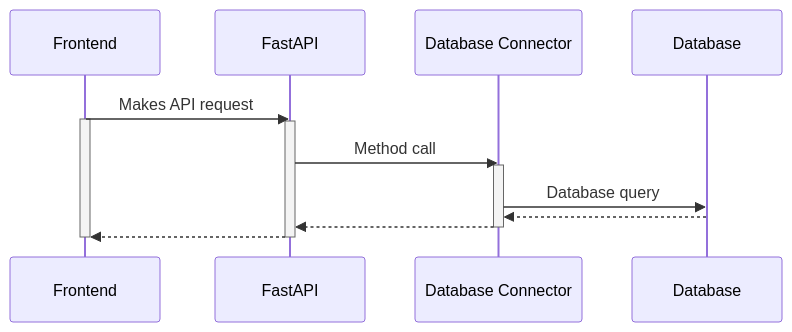
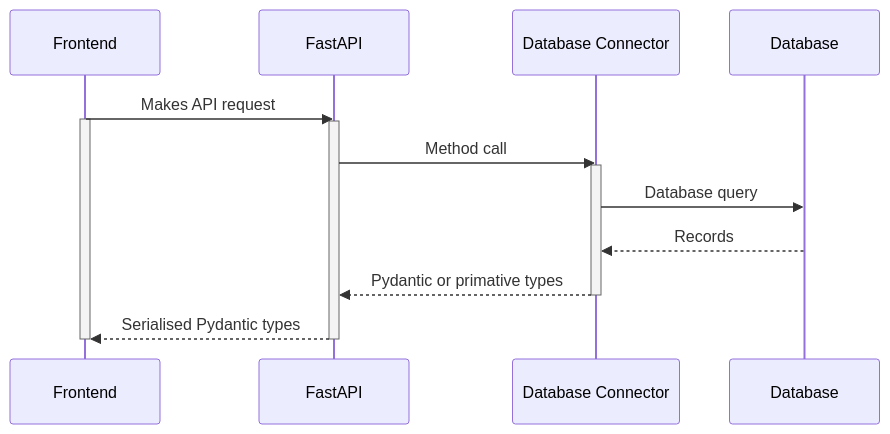
Before and after one commit to Wilsven/technical-docs: the diagram in docs/projects/genai/health-hub/webapp/backend/introduction.md, drawn with Mermaid. The commit also changed 1 other file, not shown here.

Commit message:
Added backend introduction page and fixed prettier errors

````diff
--- a/docs/projects/genai/health-hub/webapp/backend/introduction.md
+++ b/docs/projects/genai/health-hub/webapp/backend/introduction.md
@@ -6,21 +6,21 @@
 ```mermaid
 sequenceDiagram
     participant FE as Frontend
     participant FA as FastAPI
     participant DBC as Database Connector
     participant DB as Database
 
     FE ->> FA: Makes API request
     activate FE
     activate FA
     FA ->> DBC: Method call
     activate DBC
     DBC ->> DB: Database query
-    DB -->> DBC:
-    DBC -->> FA:
+    DB -->> DBC: Records
+    DBC -->> FA: Pydantic or primative types
     deactivate DBC
-    FA -->> FE:
+    FA -->> FE: Serialised Pydantic types
     deactivate FA
     deactivate FE
 
 ```
````
